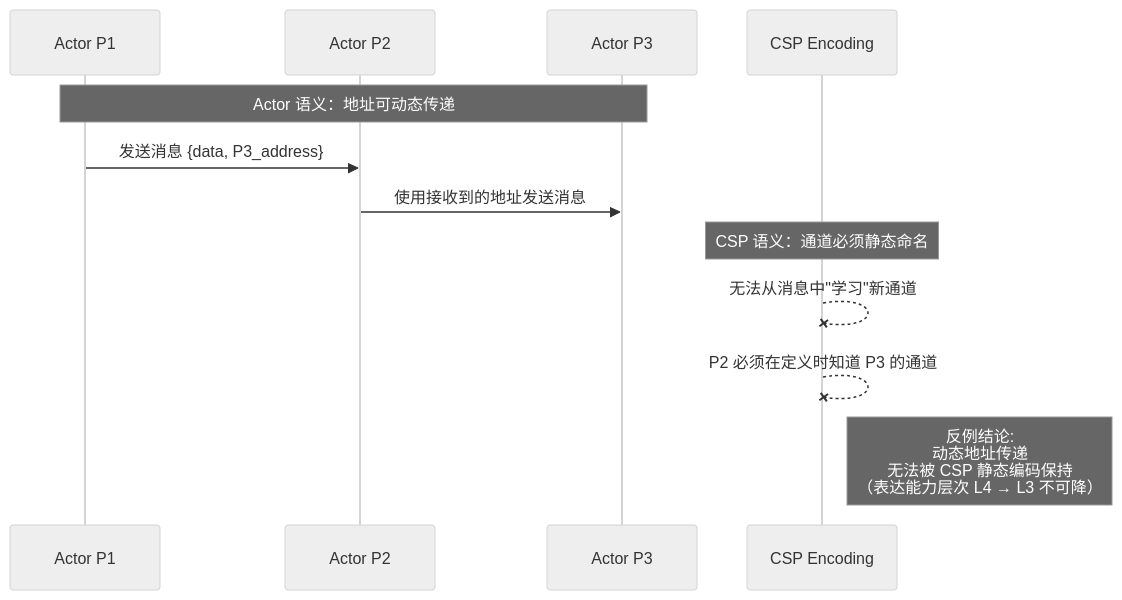
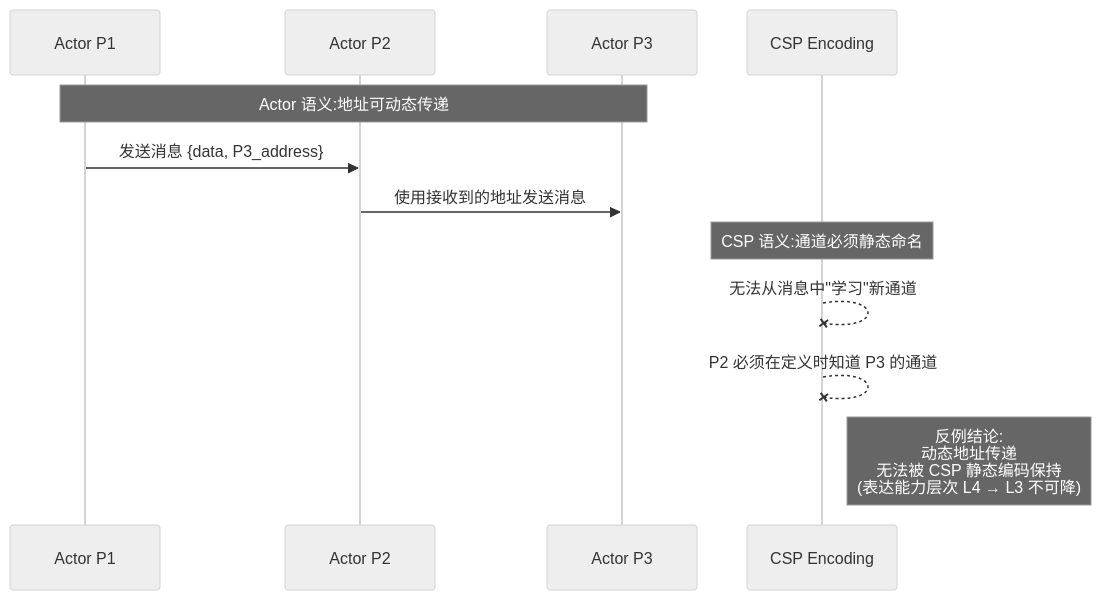
Before and after one commit to AdaMartin18010/AnalysisDataFlow: the fourth of 5 diagrams in Struct/03-relationships/03.01-actor-to-csp-encoding.md, drawn with Mermaid (neutral theme). The commit also changed other lines of this file and 634 other files, not shown here.

````diff
--- a/Struct/03-relationships/03.01-actor-to-csp-encoding.md
+++ b/Struct/03-relationships/03.01-actor-to-csp-encoding.md
@@ -704,17 +704,17 @@
 ```mermaid
 sequenceDiagram
     participant P1 as Actor P1
     participant P2 as Actor P2
     participant P3 as Actor P3
     participant CSP1 as CSP Encoding
 
-    Note over P1,P3: Actor 语义：地址可动态传递
+    Note over P1,P3: Actor 语义:地址可动态传递
     P1->>P2: 发送消息 {data, P3_address}
     P2->>P3: 使用接收到的地址发送消息
 
-    Note over CSP1: CSP 语义：通道必须静态命名
+    Note over CSP1: CSP 语义:通道必须静态命名
     CSP1--xCSP1: 无法从消息中"学习"新通道
     CSP1--xCSP1: P2 必须在定义时知道 P3 的通道
 
-    Note right of CSP1: 反例结论:<br/>动态地址传递<br/>无法被 CSP 静态编码保持<br/>（表达能力层次 L4 → L3 不可降）
+    Note right of CSP1: 反例结论:<br/>动态地址传递<br/>无法被 CSP 静态编码保持<br/>(表达能力层次 L4 → L3 不可降)
 ```
````
